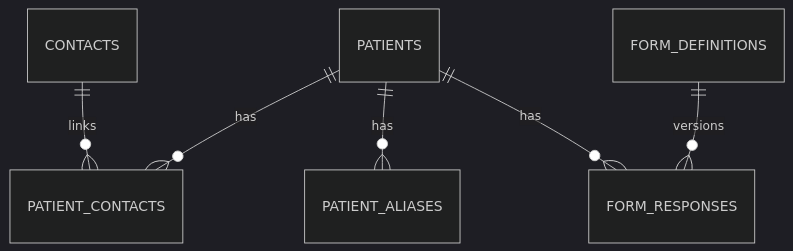
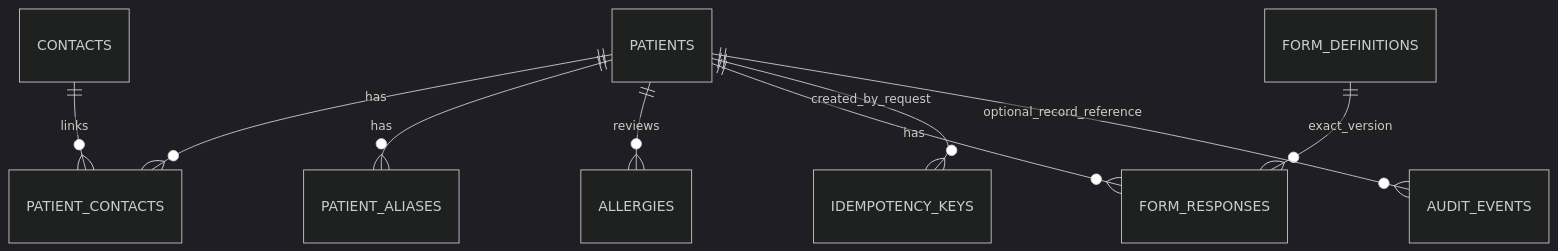
Before and after one commit to ofasseeh94/ClinicSystem: the diagram in docs/data/er-diagram.md, drawn with Mermaid (dark theme). The commit also changed other lines of this file and 70 other files, not shown here.

````diff
--- a/docs/data/er-diagram.md
+++ b/docs/data/er-diagram.md
@@ -3,8 +3,11 @@
 ```mermaid
 erDiagram
   PATIENTS ||--o{ PATIENT_CONTACTS : has
   CONTACTS ||--o{ PATIENT_CONTACTS : links
   PATIENTS ||--o{ PATIENT_ALIASES : has
+  PATIENTS ||--o{ ALLERGIES : reviews
   PATIENTS ||--o{ FORM_RESPONSES : has
-  FORM_DEFINITIONS ||--o{ FORM_RESPONSES : versions
+  FORM_DEFINITIONS ||--o{ FORM_RESPONSES : exact_version
+  PATIENTS ||--o{ IDEMPOTENCY_KEYS : created_by_request
+  PATIENTS ||--o{ AUDIT_EVENTS : optional_record_reference
 ```
````
